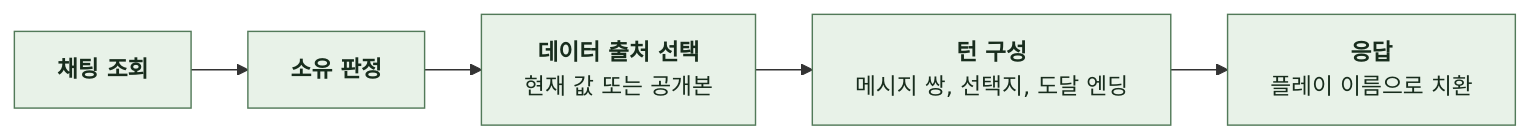
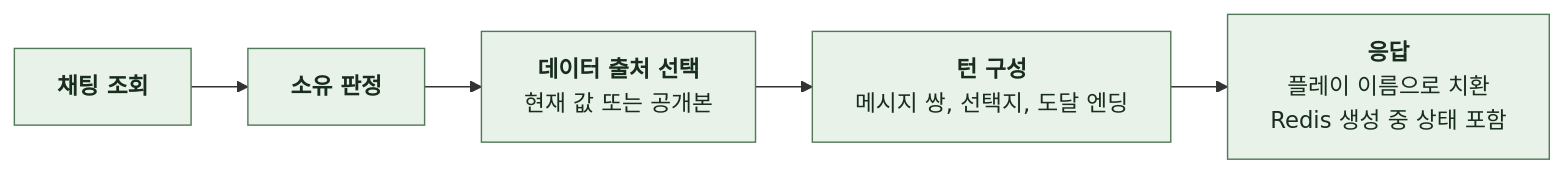
Before and after one commit to KIM-N-KANG/knk-harness: the third of 13 diagrams in docs/domain/CHAT/BACKEND/4-1-PIPELINES.md, drawn with Mermaid. The commit also changed other lines of this file and 13 other files, not shown here.

````diff
--- a/docs/domain/CHAT/BACKEND/4-1-PIPELINES.md
+++ b/docs/domain/CHAT/BACKEND/4-1-PIPELINES.md
@@ -112,13 +112,14 @@
 ```mermaid
 %%{init: {"flowchart": {"curve": "basis", "nodeSpacing": 24, "rankSpacing": 40}}}%%
 flowchart LR
     A["`**채팅 조회**`"] --> B["`**소유 판정**`"]
     B --> C["`**데이터 출처 선택**
 현재 값 또는 공개본`"]
     C --> D["`**턴 구성**
 메시지 쌍, 선택지, 도달 엔딩`"]
     D --> E["`**응답**
-플레이 이름으로 치환`"]
+플레이 이름으로 치환
+Redis 생성 중 상태 포함`"]
     classDef comp fill:#E8F2E8,stroke:#527A59,color:#182D1D
     class A,B,C,D,E comp
 ```
````
